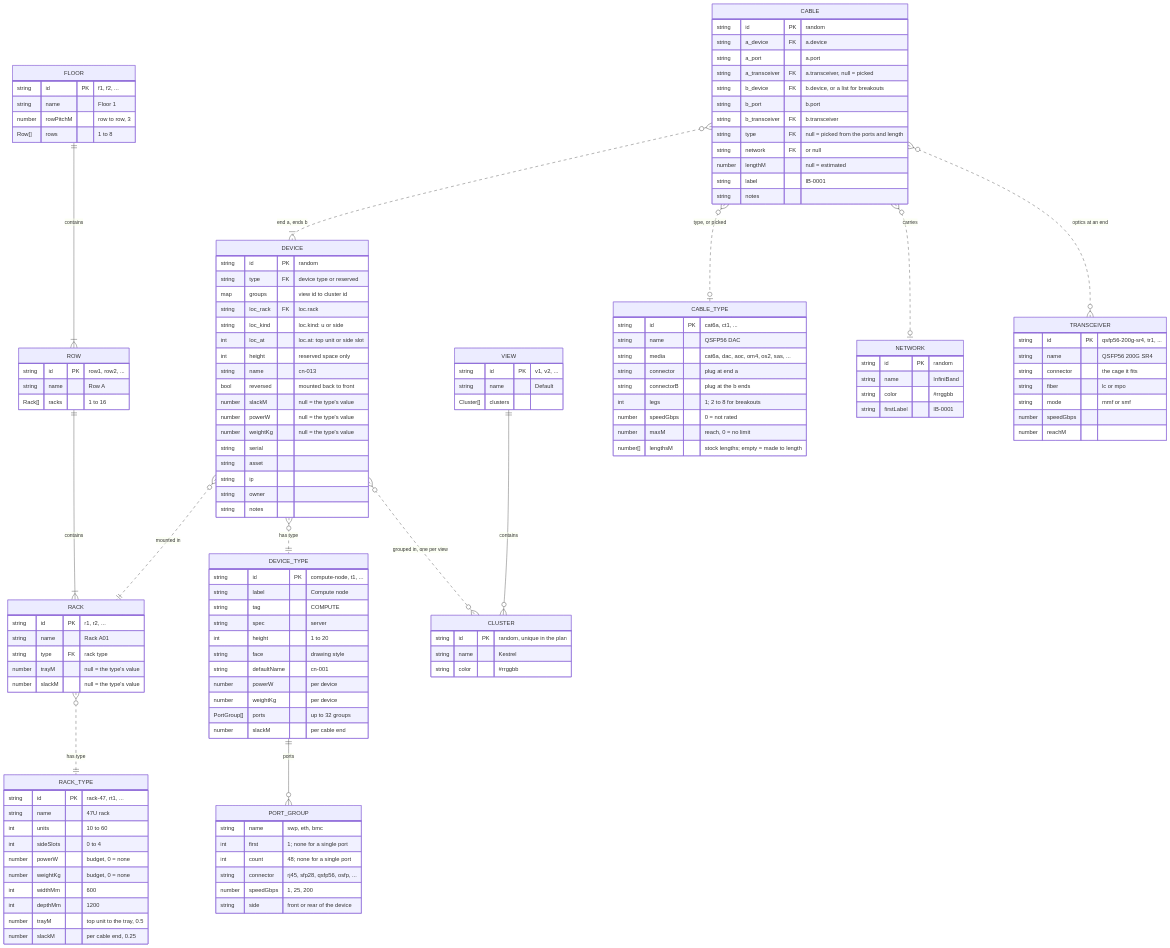
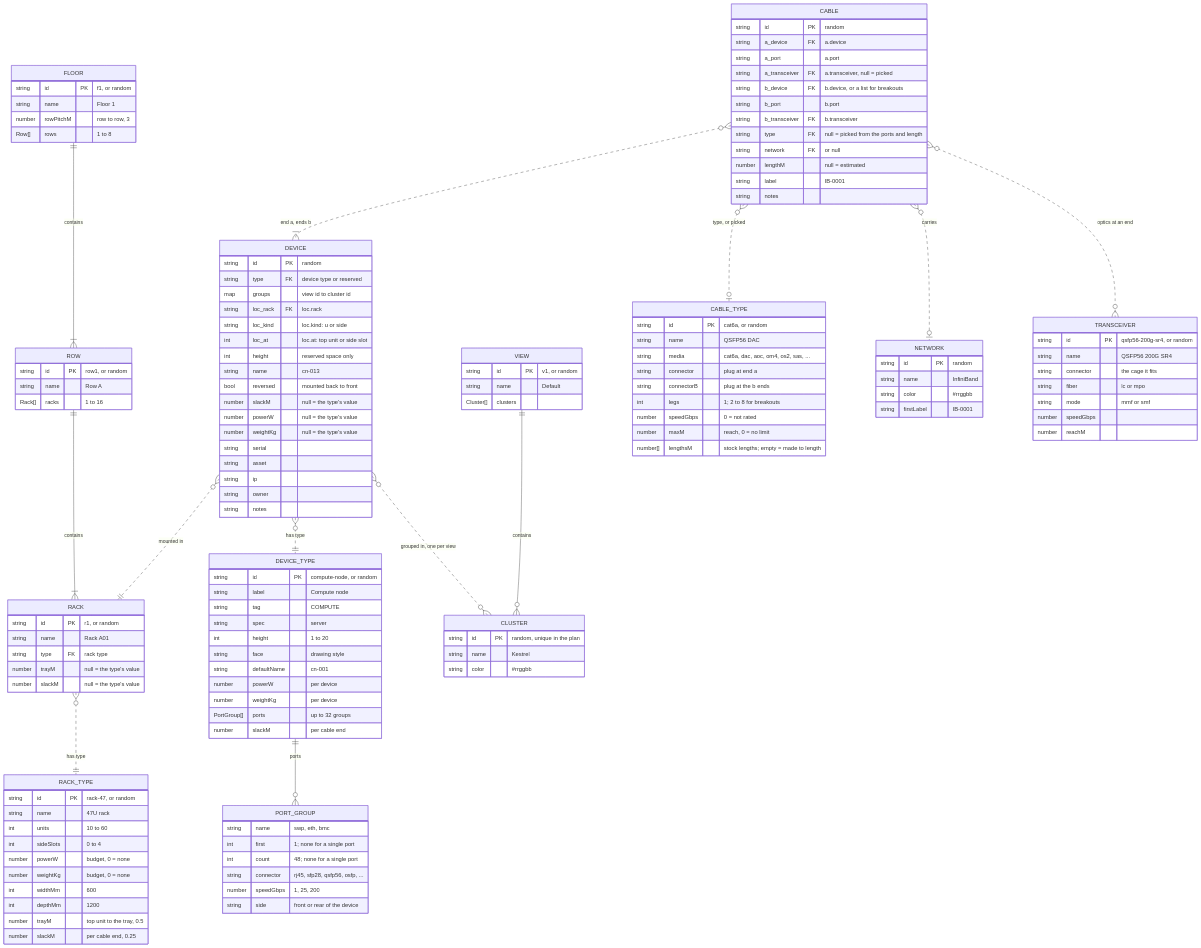
One commit to dennisklein/rackplanner changed the diagram in README.md. Above: the diagram before and after it, drawn with Mermaid. The commit also changed other lines of this file and 6 other files, not shown here.

```diff
--- a/README.md
+++ b/README.md
@@ -620,25 +620,25 @@
     CABLE }o..o{ TRANSCEIVER : "optics at an end"
 
     FLOOR {
-        string id PK "f1, f2, ..."
+        string id PK "f1, or random"
         string name "Floor 1"
         number rowPitchM "row to row, 3"
         Row[] rows "1 to 8"
     }
     ROW {
-        string id PK "row1, row2, ..."
+        string id PK "row1, or random"
         string name "Row A"
         Rack[] racks "1 to 16"
     }
     RACK {
-        string id PK "r1, r2, ..."
+        string id PK "r1, or random"
         string name "Rack A01"
         string type FK "rack type"
         number trayM "null = the type's value"
         number slackM "null = the type's value"
     }
     RACK_TYPE {
-        string id PK "rack-47, rt1, ..."
+        string id PK "rack-47, or random"
         string name "47U rack"
         int units "10 to 60"
         int sideSlots "0 to 4"
@@ -669,7 +669,7 @@
         string notes
     }
     DEVICE_TYPE {
-        string id PK "compute-node, t1, ..."
+        string id PK "compute-node, or random"
         string label "Compute node"
         string tag "COMPUTE"
         string spec "server"
@@ -690,7 +690,7 @@
         string side "front or rear of the device"
     }
     VIEW {
-        string id PK "v1, v2, ..."
+        string id PK "v1, or random"
         string name "Default"
         Cluster[] clusters
     }
@@ -714,7 +714,7 @@
         string notes
     }
     CABLE_TYPE {
-        string id PK "cat6a, ct1, ..."
+        string id PK "cat6a, or random"
         string name "QSFP56 DAC"
         string media "cat6a, dac, aoc, om4, os2, sas, ..."
         string connector "plug at end a"
@@ -725,7 +725,7 @@
         number[] lengthsM "stock lengths; empty = made to length"
     }
     TRANSCEIVER {
-        string id PK "qsfp56-200g-sr4, tr1, ..."
+        string id PK "qsfp56-200g-sr4, or random"
         string name "QSFP56 200G SR4"
         string connector "the cage it fits"
         string fiber "lc or mpo"
```
